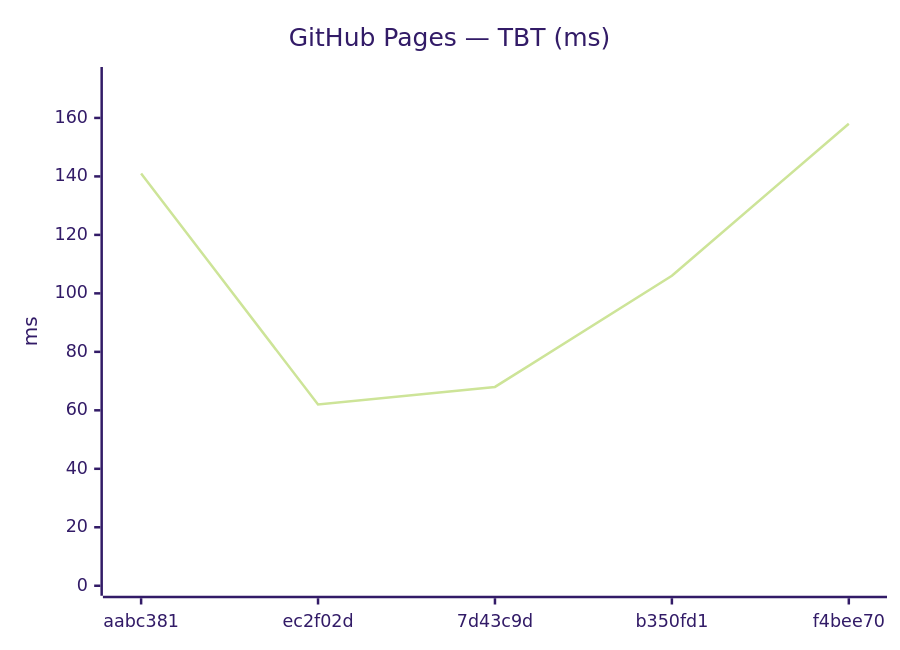
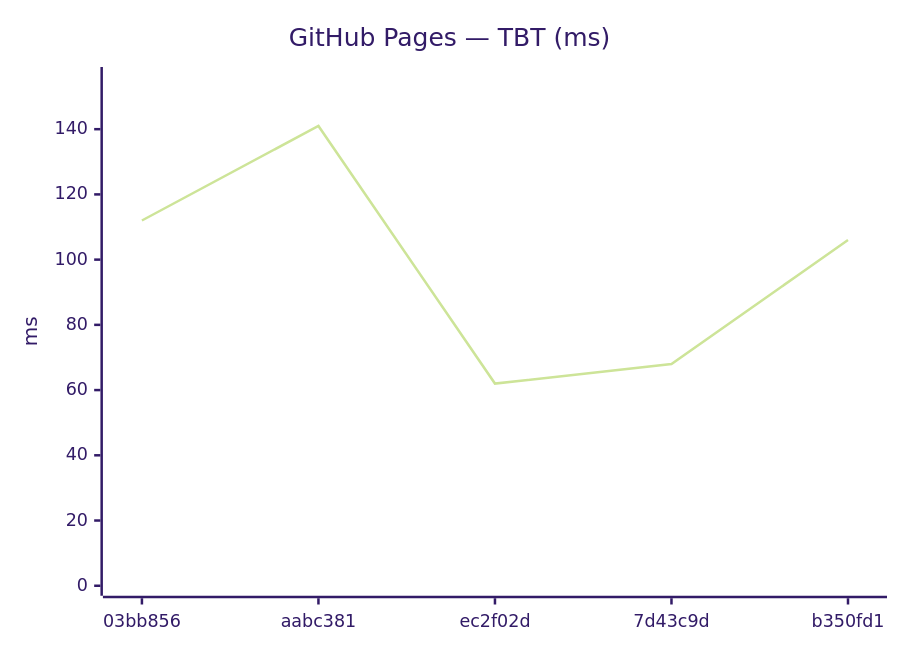
The tenth of 18 diagrams in benchmarks/compare.md (Metaheurist/Rianell), drawn with Mermaid (forest theme) before and after one commit. The commit also changed other lines of this file and 11 other files, not shown here.

````diff
--- a/benchmarks/compare.md
+++ b/benchmarks/compare.md
@@ -149,7 +149,7 @@
 ```mermaid
 xychart-beta
     title "GitHub Pages — TBT (ms)"
-    x-axis ["aabc381", "ec2f02d", "7d43c9d", "b350fd1", "f4bee70"]
-    y-axis "ms" 0 --> 174
-    line [141, 62, 68, 106, 158]
+    x-axis ["03bb856", "aabc381", "ec2f02d", "7d43c9d", "b350fd1"]
+    y-axis "ms" 0 --> 156
+    line [112, 141, 62, 68, 106]
 ```
````
